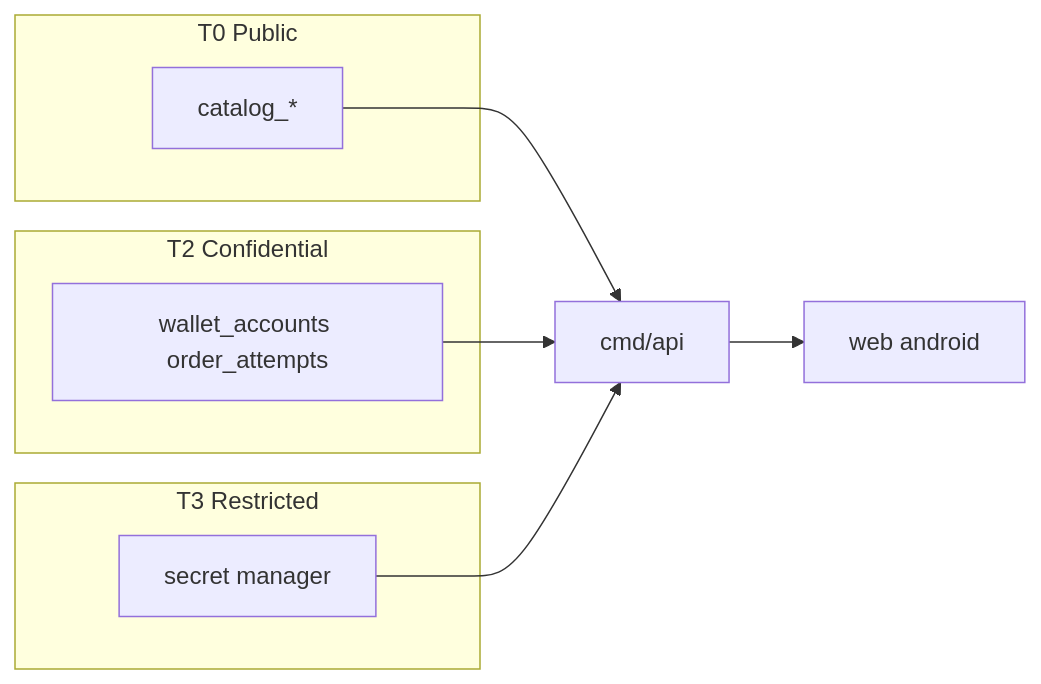
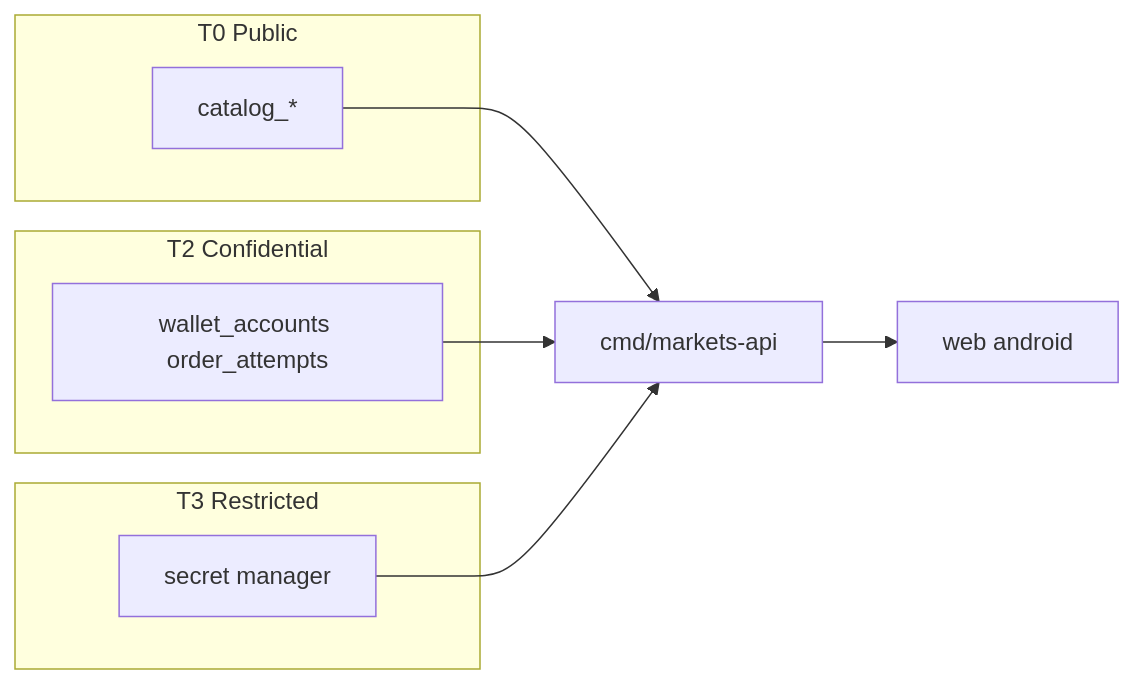
One commit to RetroPick/monorepo-base changed the diagram in .dev/markets-v1/security/ASSET_AND_DATA_CLASSIFICATION.md. Above: the diagram before and after it, drawn with Mermaid. The commit also changed 395 other files, not shown here.

````diff
--- a/.dev/markets-v1/security/ASSET_AND_DATA_CLASSIFICATION.md
+++ b/.dev/markets-v1/security/ASSET_AND_DATA_CLASSIFICATION.md
@@ -147,16 +147,16 @@
 ```mermaid
 flowchart LR
   subgraph T0 [T0 Public]
     Cat[catalog_*]
   end
   subgraph T2 [T2 Confidential]
     Me[wallet_accounts order_attempts]
   end
   subgraph T3 [T3 Restricted]
     Sec[secret manager]
   end
-  Cat --> API[cmd/api]
+  Cat --> API[cmd/markets-api]
   Me --> API
   Sec --> API
   API --> Client[web android]
 ```
````
